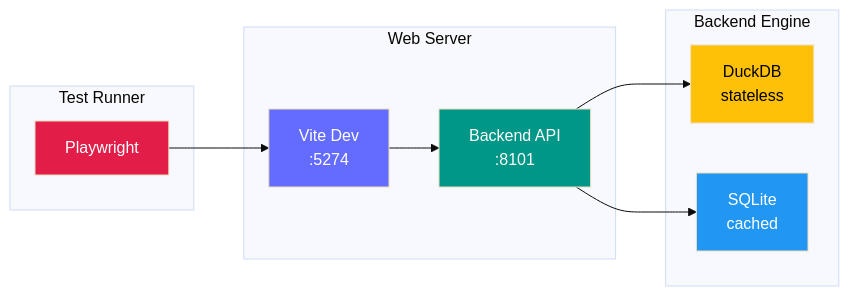
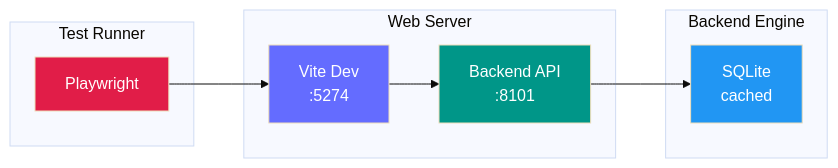
Before and after one commit to neozenith/claude-code-sessions: the third of 3 diagrams in frontend/e2e/README.md, drawn with Mermaid (base theme). The commit also changed other lines of this file and 41 other files, not shown here.

````diff
--- a/frontend/e2e/README.md
+++ b/frontend/e2e/README.md
@@ -87,27 +87,24 @@
 ```mermaid
 graph LR
     subgraph "Test Runner"
         PW["Playwright"]
     end
 
     subgraph "Web Server"
         VITE["Vite Dev<br/>:5274"]
         BE["Backend API<br/>:8101"]
     end
 
     subgraph "Backend Engine"
-        DDB["DuckDB<br/>stateless"]
         SQL["SQLite<br/>cached"]
     end
 
     PW --> VITE
     VITE --> BE
-    BE --> DDB
     BE --> SQL
 
     style PW fill:#E11D48,color:#fff
     style VITE fill:#646CFF,color:#fff
     style BE fill:#009688,color:#fff
-    style DDB fill:#FFC107,color:#000
     style SQL fill:#2196F3,color:#fff
 ```
````
